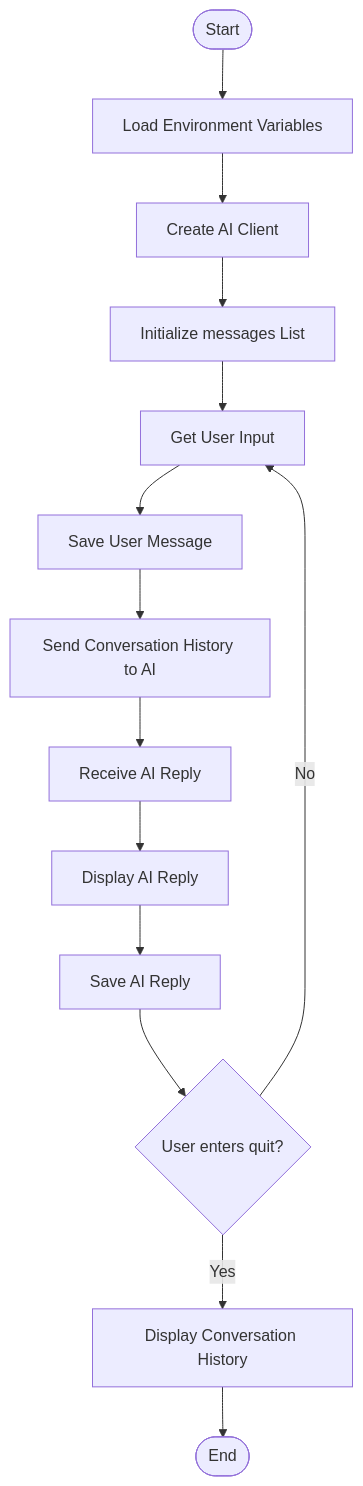
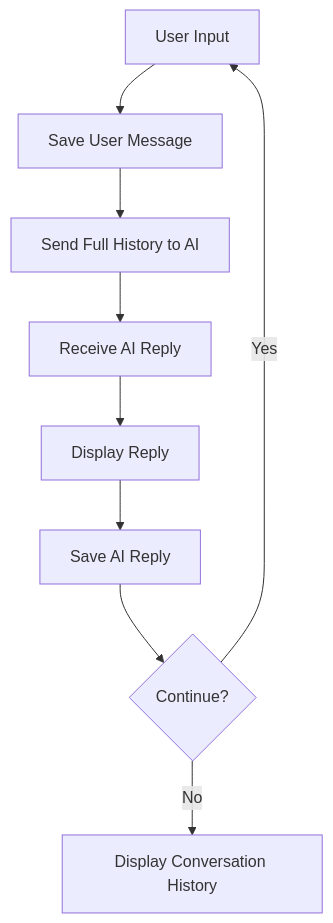
One commit to mdaamir6870/ai-agent-development changed the diagram in Day-2/README.md. Above: the diagram before and after it, drawn with Mermaid. The commit also changed other lines of this file, not shown here.

````diff
--- a/Day-2/README.md
+++ b/Day-2/README.md
@@ -16,16 +16,11 @@
 ```mermaid
 flowchart TD
-    A([Start]) --> B[Load Environment Variables]
-    B --> C[Create AI Client]
-    C --> D[Initialize messages List]
-    D --> E[Get User Input]
-    E --> F[Save User Message]
-    F --> G[Send Conversation History to AI]
-    G --> H[Receive AI Reply]
-    H --> I[Display AI Reply]
-    I --> J[Save AI Reply]
-    J --> K{User enters quit?}
-    K -- No --> E
-    K -- Yes --> L[Display Conversation History]
-    L --> M([End])
+    A[User Input] --> B[Save User Message]
+    B --> C[Send Full History to AI]
+    C --> D[Receive AI Reply]
+    D --> E[Display Reply]
+    E --> F[Save AI Reply]
+    F --> G{Continue?}
+    G -- Yes --> A
+    G -- No --> H[Display Conversation History]
 ```
````
